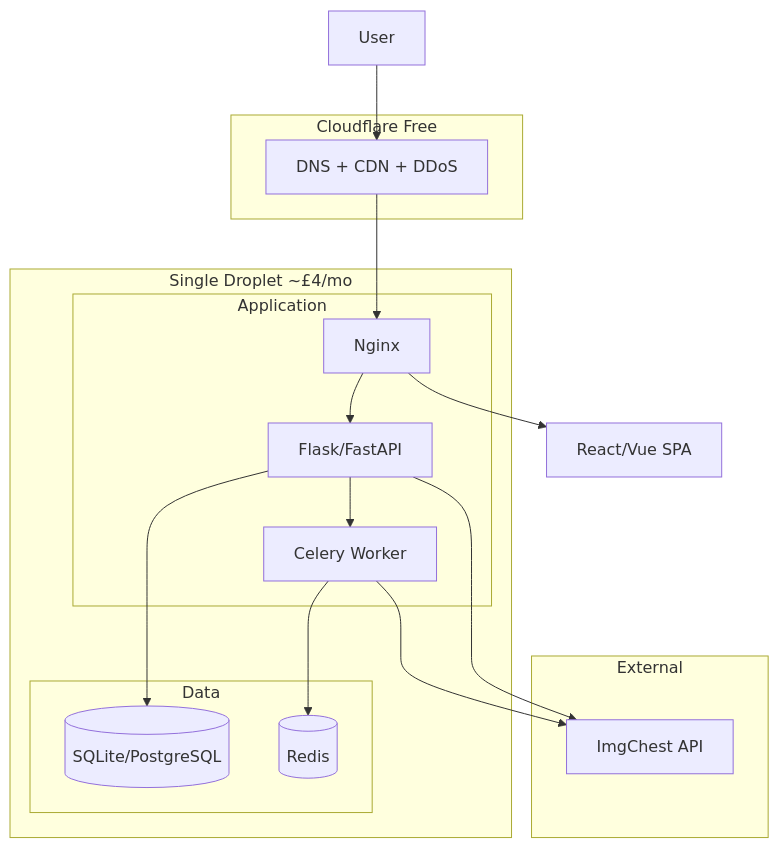
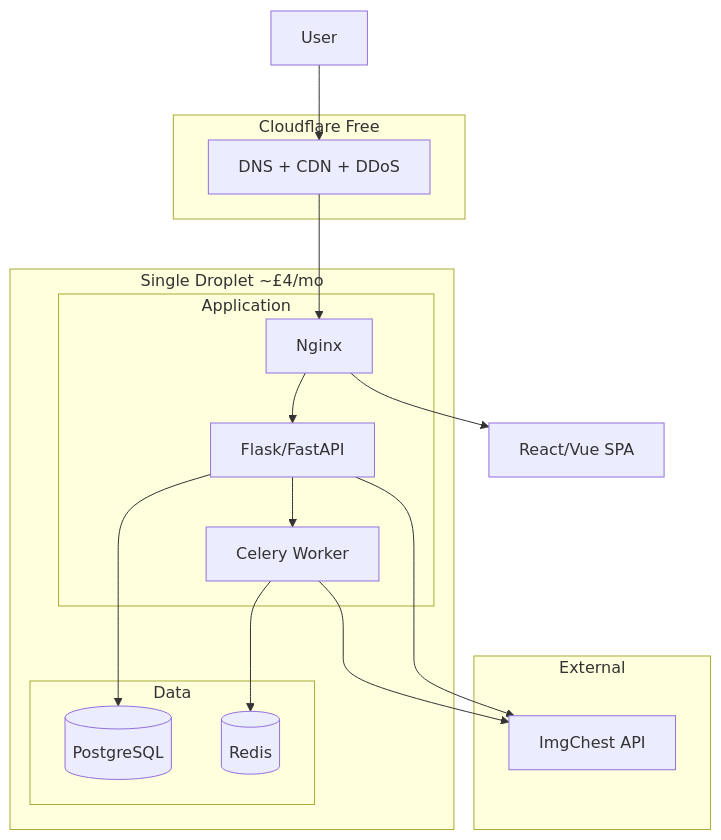
One commit to LukaZade234/CustomImageManager changed the diagram in .cursor/plans/ideal_architecture_v2.plan.md. Above: the diagram before and after it, drawn with Mermaid. The commit also changed other lines of this file, not shown here.

Commit message:
Update ideal architecture plan: refine database choice to PostgreSQL, clarify frontend requirements, and enhance job queue explanation with simpler alternatives.

````diff
--- a/.cursor/plans/ideal_architecture_v2.plan.md
+++ b/.cursor/plans/ideal_architecture_v2.plan.md
@@ -132,33 +134,33 @@
 ```mermaid
 flowchart TB
     subgraph cdn [Cloudflare Free]
         CF[DNS + CDN + DDoS]
     end
     
     subgraph droplet [Single Droplet ~£4/mo]
         subgraph app [Application]
             Nginx[Nginx]
             Flask[Flask/FastAPI]
             Celery[Celery Worker]
         end
         
         subgraph data [Data]
-            DB[(SQLite/PostgreSQL)]
+            DB[(PostgreSQL)]
             Redis[(Redis)]
         end
     end
     
     subgraph external [External]
         ImgChest[ImgChest API]
     end
     
     User --> CF
     CF --> Nginx
     Nginx --> Flask
     Nginx --> SPA[React/Vue SPA]
     Flask --> DB
     Flask --> Celery
     Celery --> Redis
     Celery --> ImgChest
     Flask --> ImgChest
 ```
````
